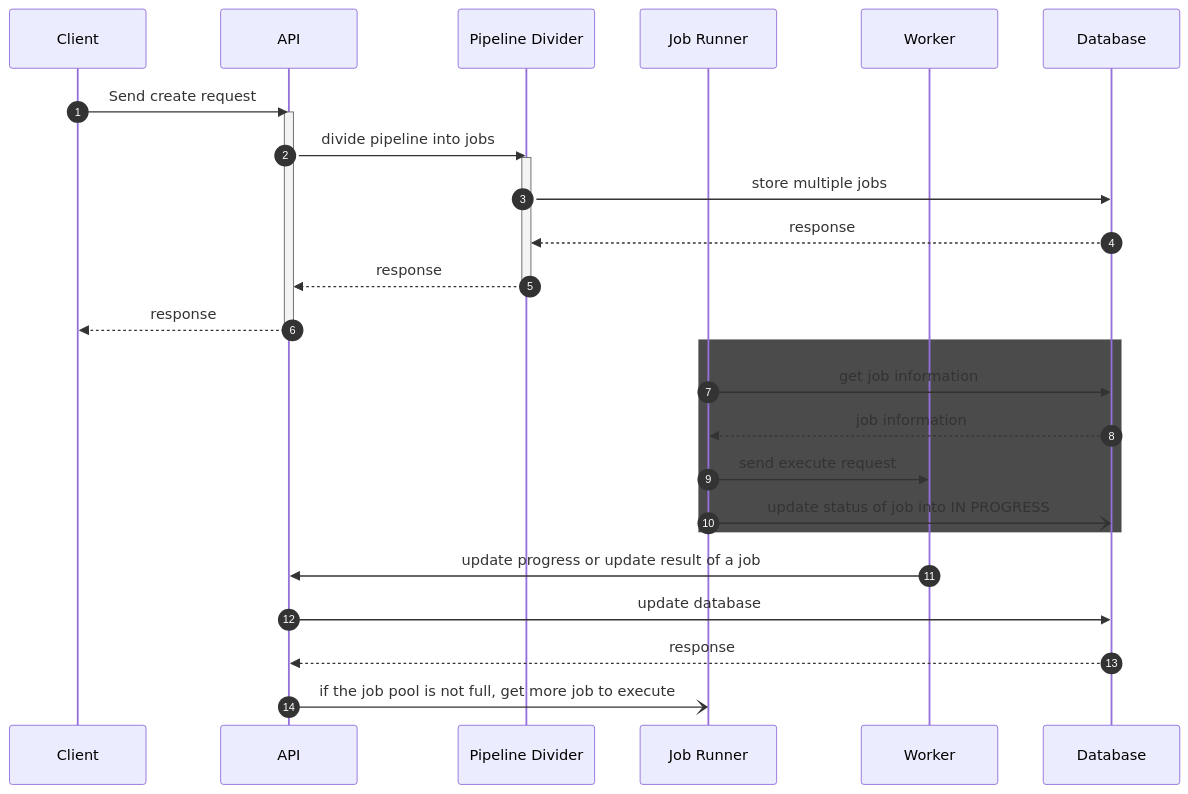
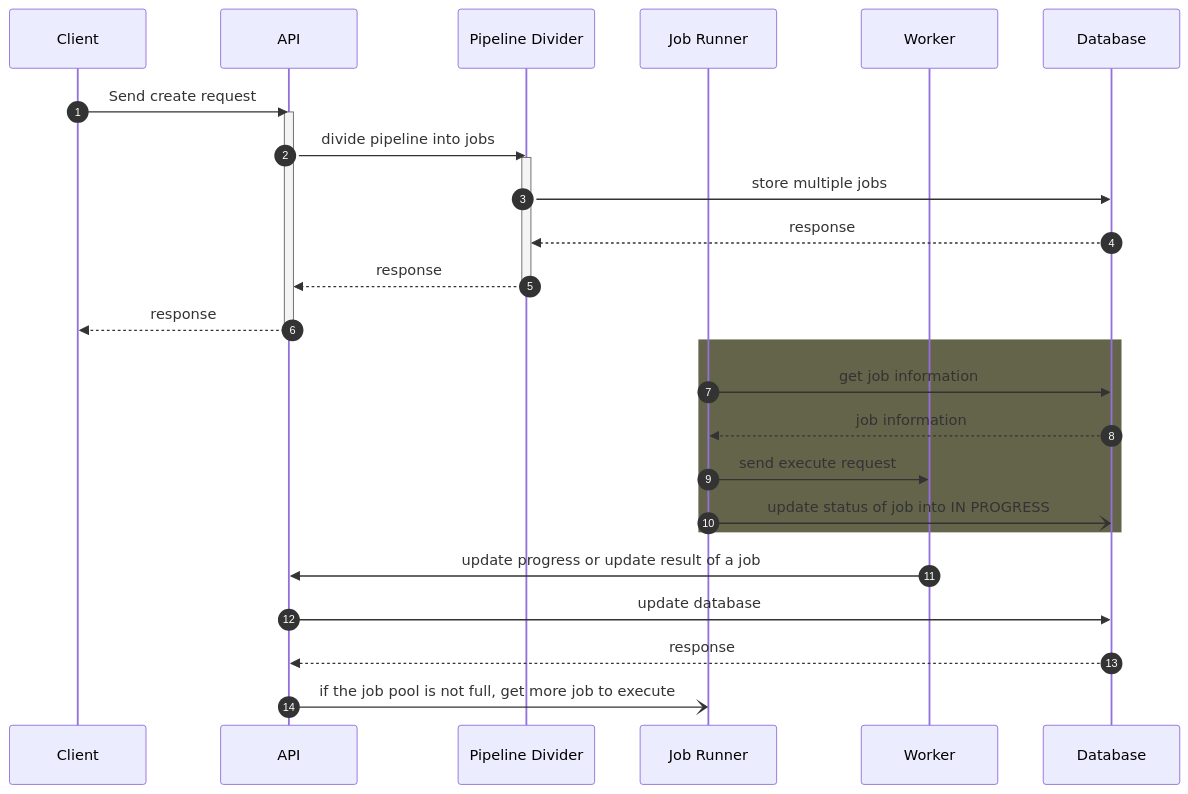
Before and after one commit to ducminhgd/task-pipeline: the second of 3 diagrams in README.md, drawn with Mermaid.

Commit message:
Change color

````diff
--- a/README.md
+++ b/README.md
@@ -108,31 +108,31 @@
 ```mermaid
 sequenceDiagram
     autonumber
     participant Client
     participant API
     participant Pipeline Divider
     participant Job Runner
     participant Worker
     participant Database
     Client ->> API: Send create request
     activate API
     API ->> Pipeline Divider: divide pipeline into jobs
     activate Pipeline Divider
     Pipeline Divider ->> Database: store multiple jobs
     Database -->> Pipeline Divider: response 
     Pipeline Divider -->> API: response
     deactivate Pipeline Divider
     API -->> Client: response
     deactivate API
-    rect rgb(75, 75, 75)
+    rect rgb(100, 100, 75)
     Job Runner ->> Database: get job information
     Database -->> Job Runner: job information
     Job Runner ->> Worker: send execute request
     Job Runner -) Database: update status of job into IN PROGRESS
     end
 
     Worker ->> API: update progress or update result of a job
     API ->> Database: update database
     Database -->> API: response
     API -) Job Runner: if the job pool is not full, get more job to execute
 ```
````
